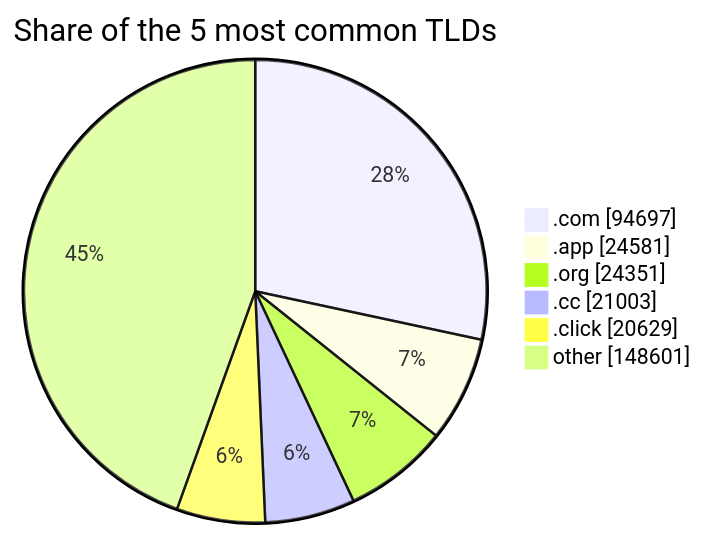
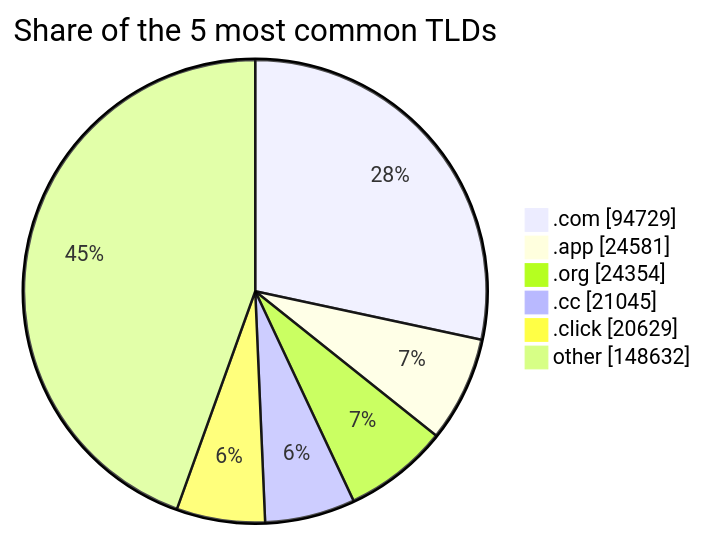
Before and after one commit to DNSBunker/CTI: the third of 3 diagrams in README.md, drawn with Mermaid. The commit also changed other lines of this file and 4 other files, not shown here.

````diff
--- a/README.md
+++ b/README.md
@@ -81,9 +81,9 @@
 ```mermaid
 pie showData title Share of the 5 most common TLDs
-    ".com" : 94697
+    ".com" : 94729
     ".app" : 24581
-    ".org" : 24351
-    ".cc" : 21003
+    ".org" : 24354
+    ".cc" : 21045
     ".click" : 20629
-    "other" : 148601
+    "other" : 148632
 ```
````
